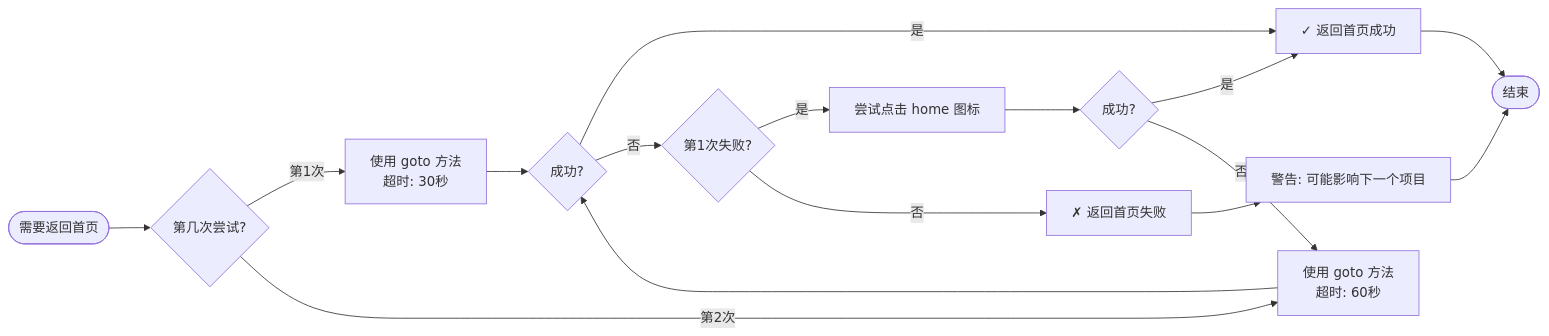
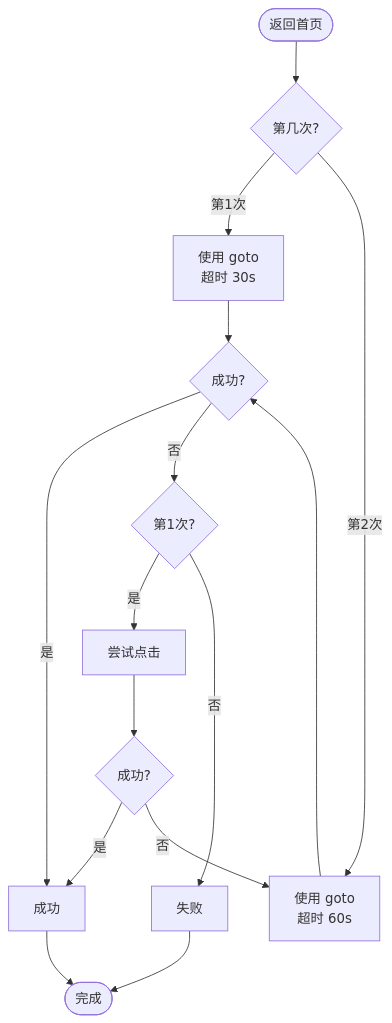
Before and after one commit to weihang1258/dpiAutoExcel: diagram 31 of 42 in 逻辑流程文档.md, drawn with Mermaid. The commit also changed other lines of this file and 1 other file, not shown here.

First line of the commit message:
docs: 进一步优化流程图，统一字体大小和布局

````diff
--- a/逻辑流程文档.md
+++ b/逻辑流程文档.md
@@ -894,24 +857,17 @@
 ```mermaid
-graph LR
-    Start([需要返回首页]) --> A{第几次尝试?}
-
-    A -->|第1次| B[使用 goto 方法<br/>超时: 30秒]
-    A -->|第2次| C[使用 goto 方法<br/>超时: 60秒]
-
+graph TD
+    Start([返回首页]) --> A{第几次?}
+    A -->|第1次| B[使用 goto<br/>超时 30s]
+    A -->|第2次| C[使用 goto<br/>超时 60s]
     B --> D{成功?}
     C --> D
-
-    D -->|是| E[✓ 返回首页成功]
-    D -->|否| F{第1次失败?}
-
-    F -->|是| G[尝试点击 home 图标]
-    F -->|否| H[✗ 返回首页失败]
-
+    D -->|是| E[成功]
+    D -->|否| F{第1次?}
+    F -->|是| G[尝试点击]
+    F -->|否| H[失败]
     G --> I{成功?}
     I -->|是| E
     I -->|否| C
-
-    E --> End([结束])
-    H --> J[警告: 可能影响下一个项目]
-    J --> End
+    E --> End([完成])
+    H --> End
 ```
````
